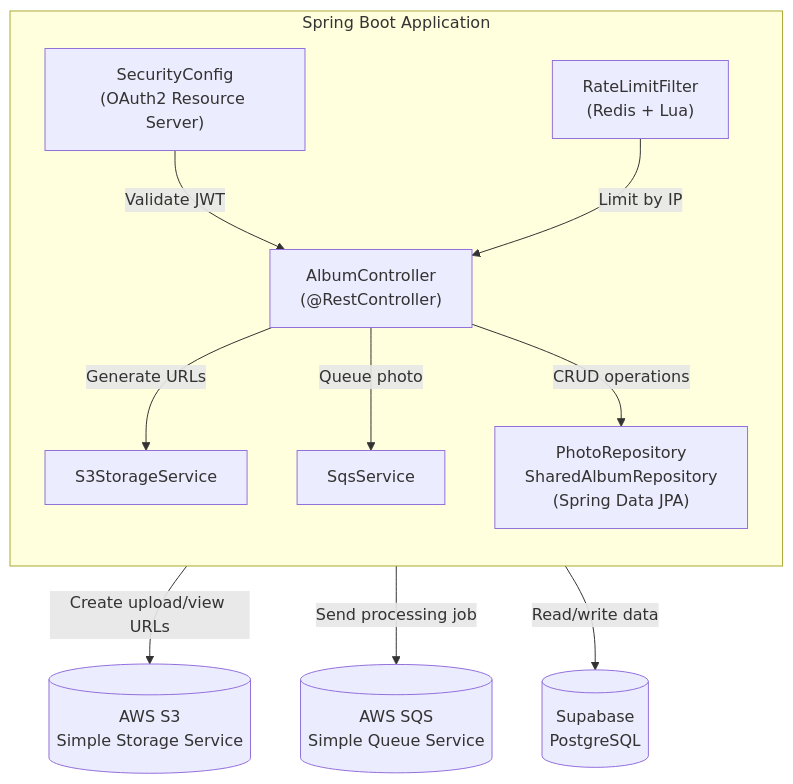
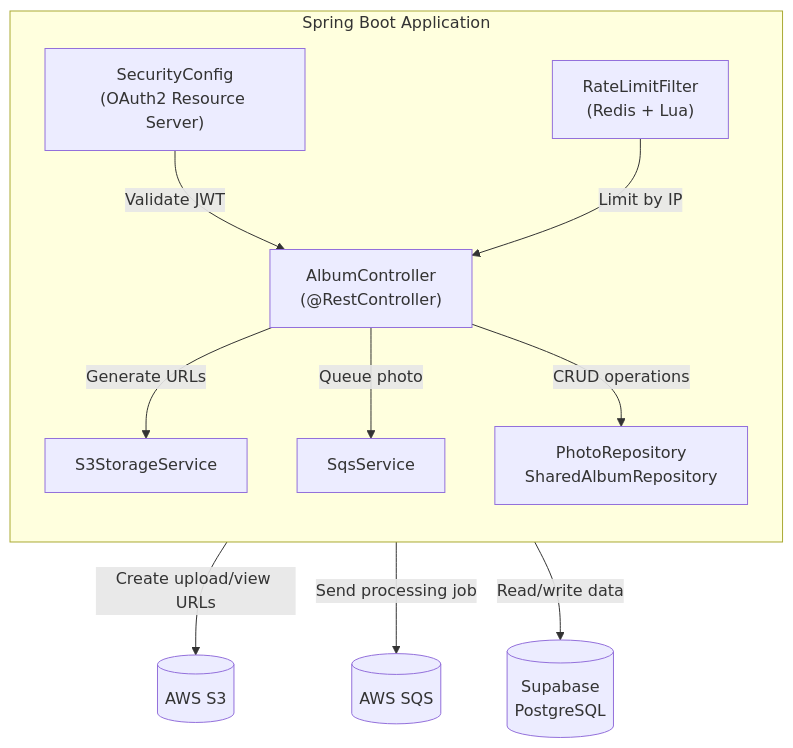
One commit to Shahir-47/grab-pic changed the second of 7 diagrams in README.md. Above: the diagram before and after it, drawn with Mermaid. The commit also changed other lines of this file and 12 other files, not shown here.

````diff
--- a/README.md
+++ b/README.md
@@ -298,22 +205,22 @@
 ```mermaid
 flowchart TB
     subgraph "Spring Boot Application"
         direction TB
         Controller["AlbumController<br>(@RestController)"]
         Security["SecurityConfig<br>(OAuth2 Resource Server)"]
         RateLimit["RateLimitFilter<br>(Redis + Lua)"]
         S3Service["S3StorageService"]
         SqsService["SqsService"]
-        Repos["PhotoRepository<br>SharedAlbumRepository<br>(Spring Data JPA)"]
+        Repos["PhotoRepository<br>SharedAlbumRepository"]
     end
 
     Controller -->|"Generate URLs"| S3Service
     Controller -->|"Queue photo"| SqsService
     Controller -->|"CRUD operations"| Repos
     Security -->|"Validate JWT"| Controller
     RateLimit -->|"Limit by IP"| Controller
 
-    S3Service -->|"Create upload/view URLs"| S3[("AWS S3<br>Simple Storage Service")]
-    SqsService -->|"Send processing job"| SQS[("AWS SQS<br>Simple Queue Service")]
+    S3Service -->|"Create upload/view URLs"| S3[("AWS S3")]
+    SqsService -->|"Send processing job"| SQS[("AWS SQS")]
     Repos -->|"Read/write data"| DB[(Supabase<br>PostgreSQL)]
 ```
````
